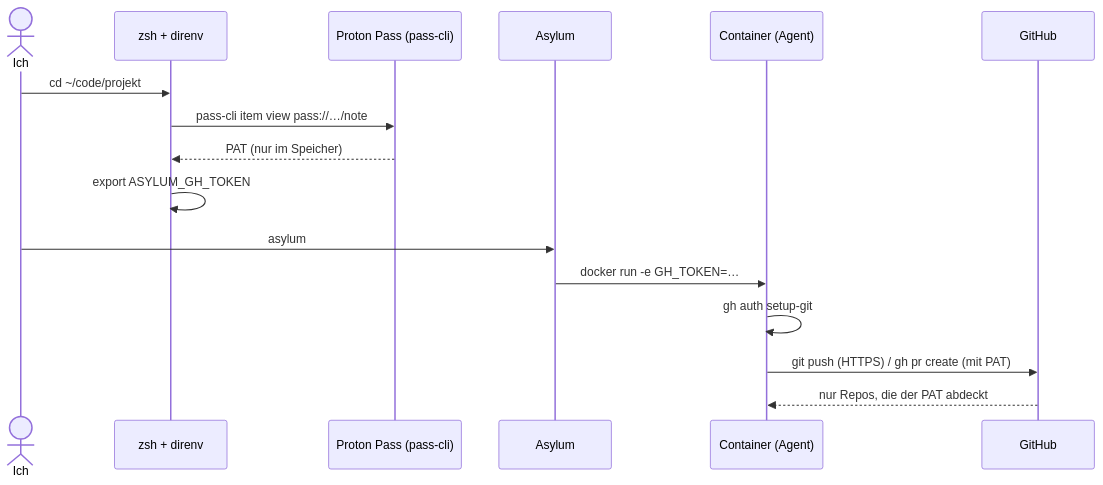
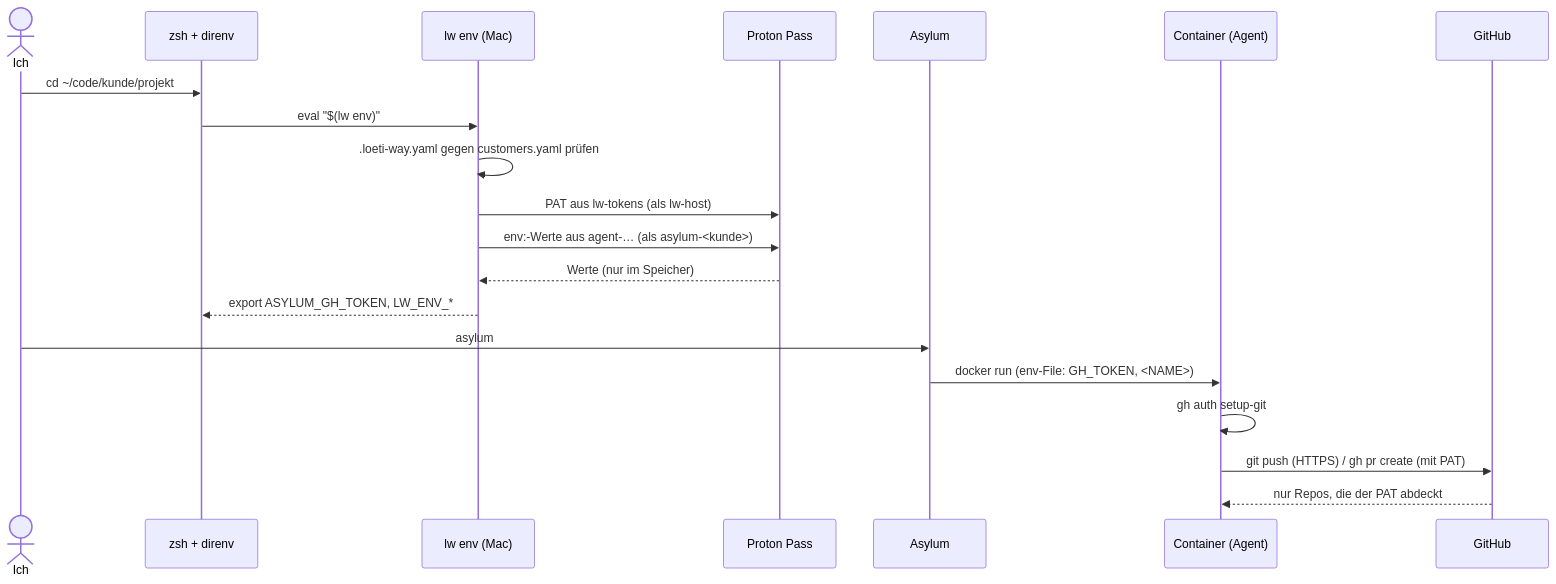
Before and after one commit to loeti/agent-skills: the first of 2 diagrams in docs/asylum-setup.md, drawn with Mermaid. The commit also changed other lines of this file and 4 other files, not shown here.

First line of the commit message:
asylum-credentials: tokens via lw env, no pass-cli in the container

````diff
--- a/docs/asylum-setup.md
+++ b/docs/asylum-setup.md
@@ -29,19 +34,23 @@
 ```mermaid
 sequenceDiagram
     actor Ich
     participant Shell as zsh + direnv
-    participant Pass as Proton Pass (pass-cli)
+    participant LW as lw env (Mac)
+    participant Pass as Proton Pass
     participant Asylum
     participant C as Container (Agent)
     participant GH as GitHub
 
-    Ich->>Shell: cd ~/code/projekt
-    Shell->>Pass: pass-cli item view pass://…/note
-    Pass-->>Shell: PAT (nur im Speicher)
-    Shell->>Shell: export ASYLUM_GH_TOKEN
+    Ich->>Shell: cd ~/code/kunde/projekt
+    Shell->>LW: eval "$(lw env)"
+    LW->>LW: .loeti-way.yaml gegen customers.yaml prüfen
+    LW->>Pass: PAT aus lw-tokens (als lw-host)
+    LW->>Pass: env:-Werte aus agent-… (als asylum-<kunde>)
+    Pass-->>LW: Werte (nur im Speicher)
+    LW-->>Shell: export ASYLUM_GH_TOKEN, LW_ENV_*
     Ich->>Asylum: asylum
-    Asylum->>C: docker run -e GH_TOKEN=…
+    Asylum->>C: docker run (env-File: GH_TOKEN, <NAME>)
     C->>C: gh auth setup-git
     C->>GH: git push (HTTPS) / gh pr create (mit PAT)
     GH-->>C: nur Repos, die der PAT abdeckt
 ```
````
